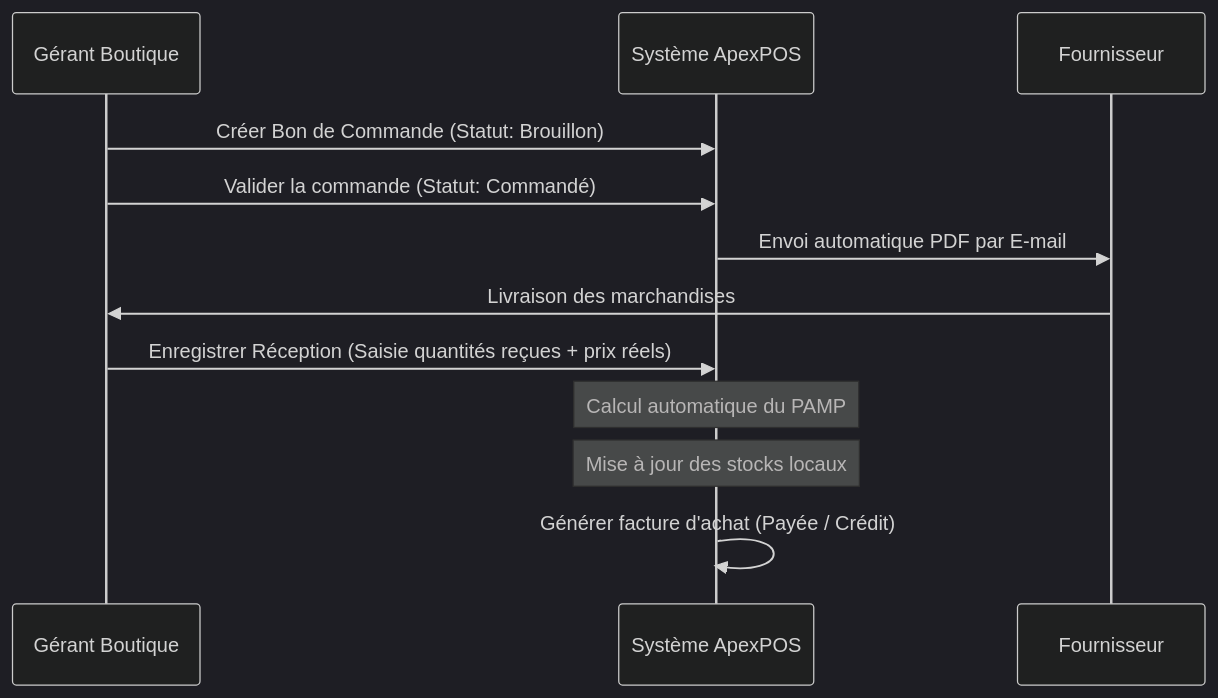
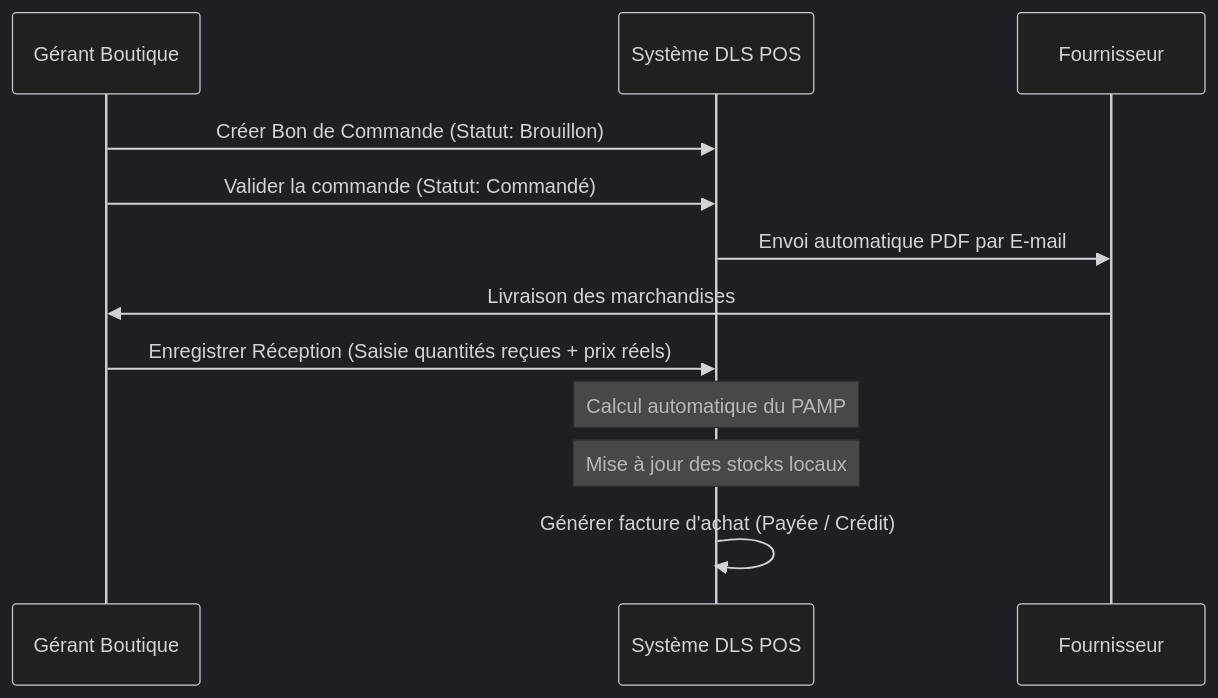
Before and after one commit to dlscorporationci/point-de-vente: the second of 6 diagrams in cahier_des_charges.md, drawn with Mermaid (dark theme). The commit also changed other lines of this file and 165 other files, not shown here.

Commit message:
refactor: changement du nom de l'application vers DLS POS

````diff
--- a/cahier_des_charges.md
+++ b/cahier_des_charges.md
@@ -172,14 +172,14 @@
 ```mermaid
 sequenceDiagram
     participant G as Gérant Boutique
-    participant S as Système ApexPOS
+    participant S as Système DLS POS
     participant F as Fournisseur
     G->>S: Créer Bon de Commande (Statut: Brouillon)
     G->>S: Valider la commande (Statut: Commandé)
     S->>F: Envoi automatique PDF par E-mail
     F->>G: Livraison des marchandises
     G->>S: Enregistrer Réception (Saisie quantités reçues + prix réels)
     Note over S: Calcul automatique du PAMP
     Note over S: Mise à jour des stocks locaux
     S->>S: Générer facture d'achat (Payée / Crédit)
 ```
````
